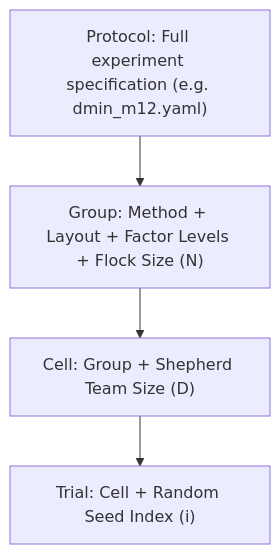
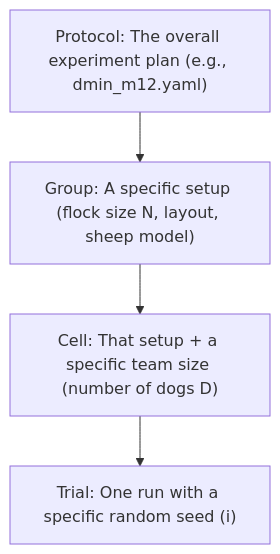
One commit to lykimq/HerdSim changed the third of 3 diagrams in docs/codes/architecture.md. Above: the diagram before and after it, drawn with Mermaid. The commit also changed other lines of this file and 14 other files, not shown here.

````diff
--- a/docs/codes/architecture.md
+++ b/docs/codes/architecture.md
@@ -112,11 +119,11 @@
 ```mermaid
 flowchart TD
-    Protocol["Protocol: Full experiment specification (e.g. dmin_m12.yaml)"]
-    Group["Group: Method + Layout + Factor Levels + Flock Size (N)"]
-    Cell["Cell: Group + Shepherd Team Size (D)"]
-    Trial["Trial: Cell + Random Seed Index (i)"]
+    Protocol["Protocol: The overall experiment plan (e.g., dmin_m12.yaml)"]
+    Group["Group: A specific setup (flock size N, layout, sheep model)"]
+    Cell["Cell: That setup + a specific team size (number of dogs D)"]
+    Trial["Trial: One run with a specific random seed (i)"]
 
     Protocol --> Group
     Group --> Cell
     Cell --> Trial
 ```
````
